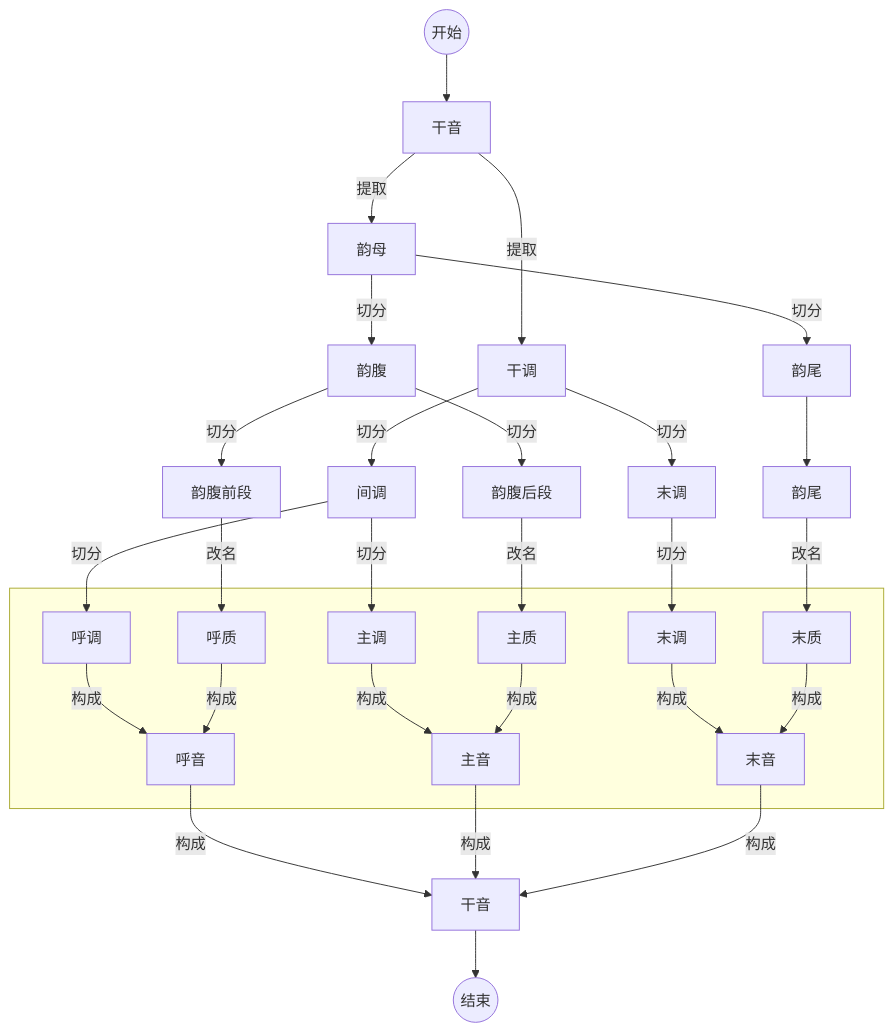
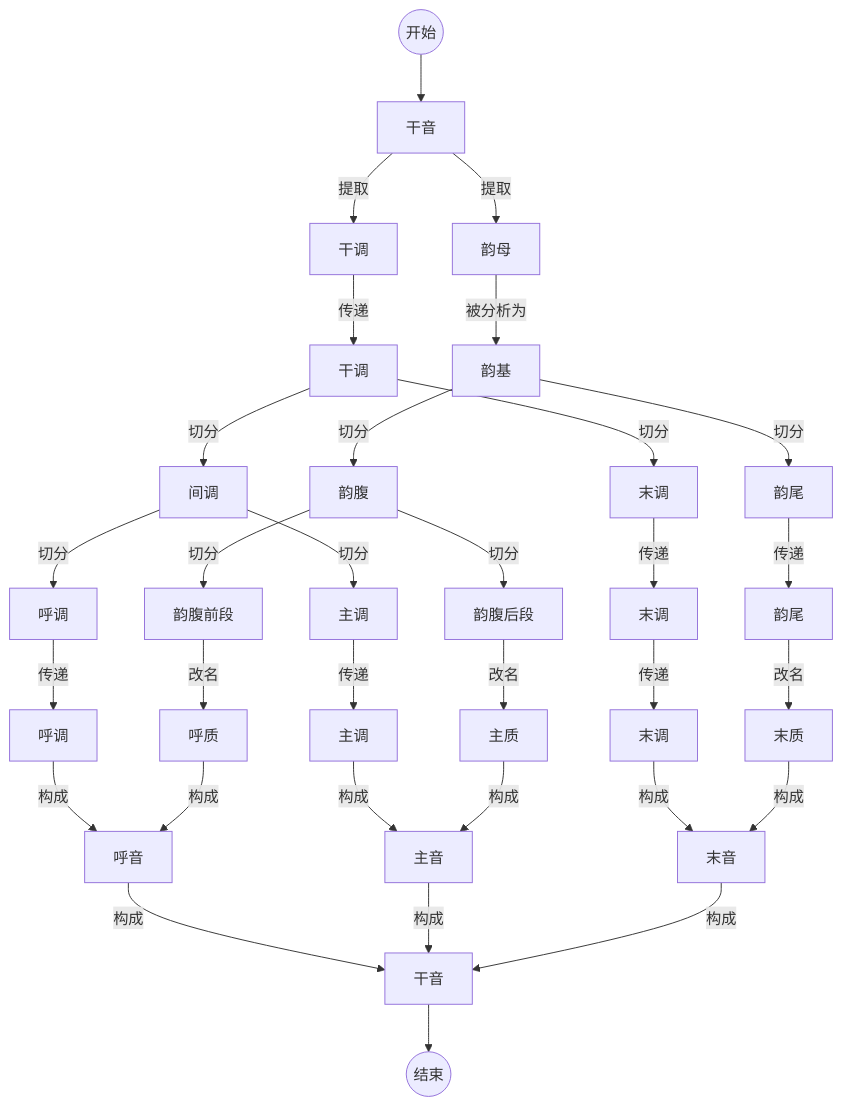
The diagram in YIME_Theory/flowchart/前长干音分析.mmd (tsaanghwang/Yime-prototype), drawn with Mermaid before and after one commit. The commit also changed 8 other files, not shown here.

```diff
--- a/YIME_Theory/flowchart/前长干音分析.mmd
+++ b/YIME_Theory/flowchart/前长干音分析.mmd
@@ -1,29 +1,34 @@
 graph TB
     Start((开始)) --> A[干音]
     A --> |提取|B[干调]
+    B --> |传递|B1[干调]
+    B1 --> |切分|B2[间调]
+    B1 --> |切分|B3[末调]
+    B2 -->  |切分|B4[呼调]
+    B2 -->  |切分|B5[主调]
+    B3 -->  |传递|B6[末调]
+    B4 -->  |传递|B7[呼调]
+    B5 -->  |传递|B8[主调]
+    B6 -->  |传递|B9[末调]
+
     A --> |提取|C[韵母]
-    C --> |切分|D[韵腹]
-    C --> |切分|E[韵尾]
-    D --> |切分|F[韵腹前段]
-    D --> |切分|G[韵腹后段]
-    F --> |改名|H[呼质]
-    G --> |改名|I[主质]
-    E --> J[韵尾]
-    J --> |改名|K[末质]
-    B --> |切分|L[间调]
-    B --> |切分|M[末调]
-    L -->  |切分|N[呼调]
-    L -->  |切分|O[主调]
-    M -->  |切分|P[末调]
-    subgraph 构成[ ]
-    N -->  |构成|Q[呼音]
-    H -->  |构成|Q
-    O -->  |构成|R[主音]
-    I -->  |构成|R
-    P -->  |构成|S[末音]
-    K -->  |构成|S
-    end
-    Q -->  |构成|T[干音]
-    R -->  |构成|T
-    S -->  |构成|T
-    T --> End((结束))
+    C --> |被分析为|D[韵基]
+    D --> |切分|E[韵腹]
+    D --> |切分|F[韵尾]
+    E --> |切分|G[韵腹前段]
+    E --> |切分|H[韵腹后段]
+    G --> |改名|I[呼质]
+    H --> |改名|J[主质]
+    F -->  |传递|K[韵尾]
+    K --> |改名|L[末质]
+
+    B7 -->  |构成|M[呼音]
+    I -->  |构成|M
+    B8 -->  |构成|N[主音]
+    J -->  |构成|N
+    B9 -->  |构成|O[末音]
+    L -->  |构成|O
+    M -->  |构成|P[干音]
+    N -->  |构成|P
+    O -->  |构成|P
+    P --> End((结束))
```
